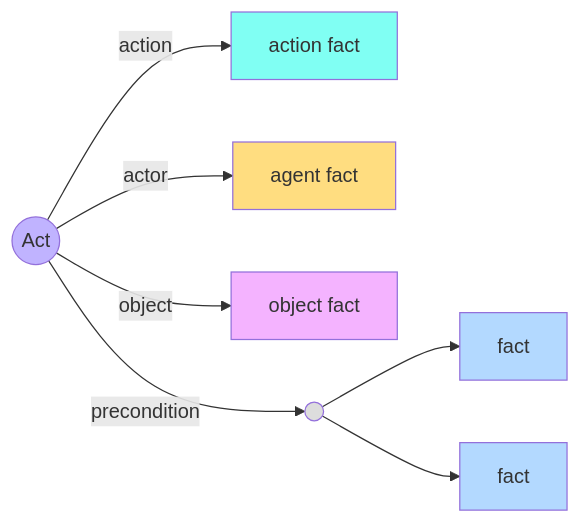
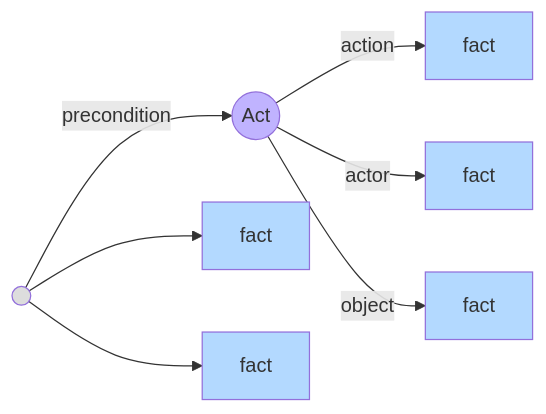
The second of 2 diagrams in docs/en/norm-editor/features/visualisation.md (sgort/iou-architectuur), drawn with Mermaid before and after one commit. The commit also changed other lines of this file and 33 other files, not shown here.

````diff
--- a/docs/en/norm-editor/features/visualisation.md
+++ b/docs/en/norm-editor/features/visualisation.md
@@ -26,17 +113,17 @@
 ```mermaid
 graph LR
-    ACT(("Act")) -->|action| AC["action fact"]
-    ACT -->|actor| AG["agent fact"]
-    ACT -->|object| OB["object fact"]
-    ACT -->|precondition| BC(( ))
+    ACT(("Act")) -->|action| AC["fact"]
+    ACT -->|actor| AG["fact"]
+    ACT -->|object| OB["fact"]
+    BC(( )) -->|precondition| ACT
     BC --> F1["fact"]
     BC --> F2["fact"]
 
     style ACT fill:#c0b3ff
-    style AC fill:#80fff3
-    style AG fill:#ffdd80
-    style OB fill:#f4b3ff
+    style AC fill:#b3d9ff
+    style AG fill:#b3d9ff
+    style OB fill:#b3d9ff
     style BC fill:#dddddd
     style F1 fill:#b3d9ff
     style F2 fill:#b3d9ff
 ```
````
